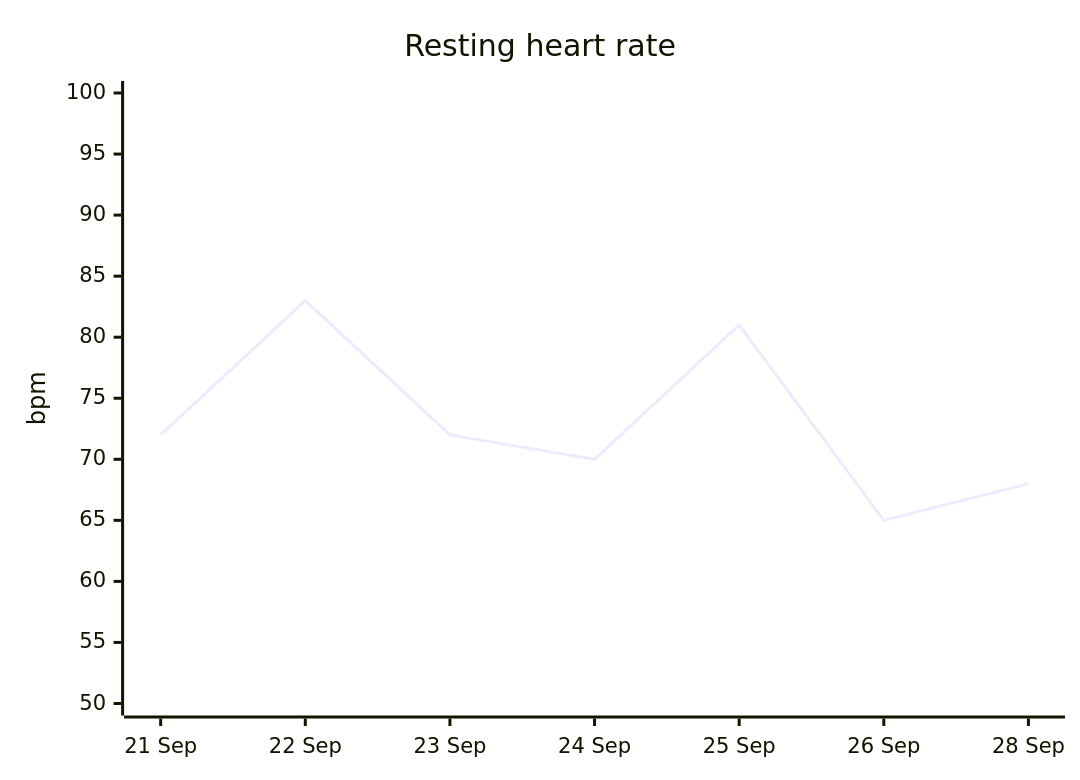
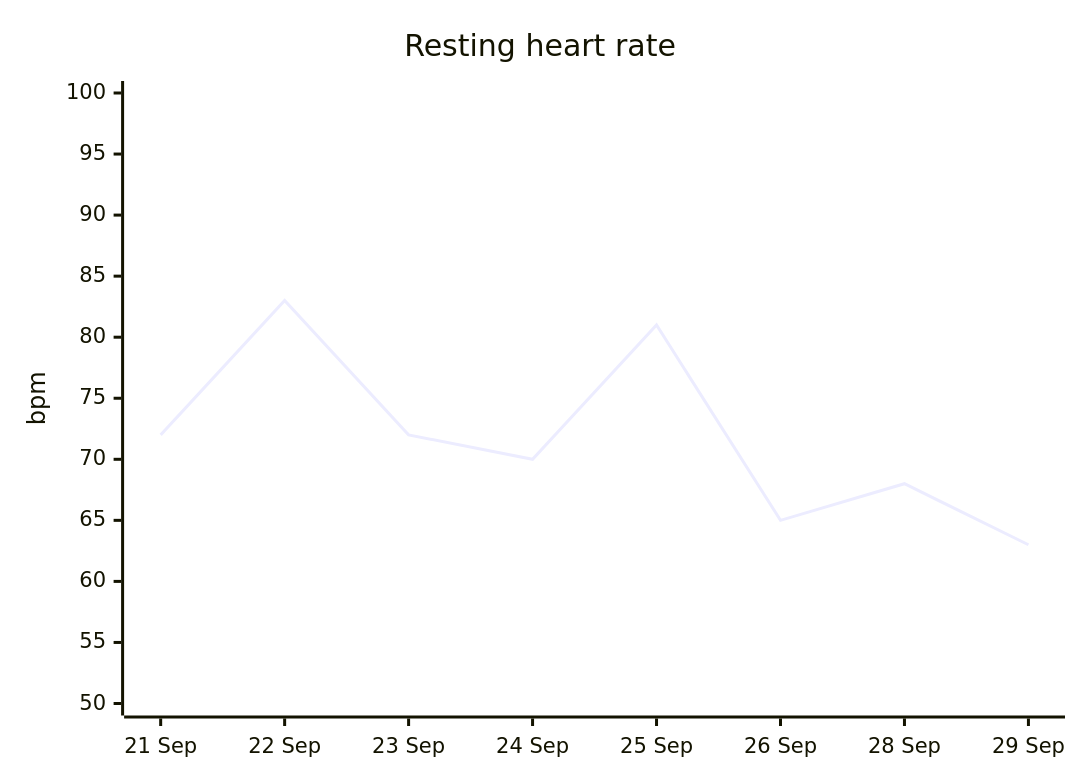
Before and after one commit to eshwarpotturi/hr-mon: the third of 3 diagrams in reports/README.md, drawn with Mermaid. The commit also changed other lines of this file and 7 other files, not shown here.

````diff
--- a/reports/README.md
+++ b/reports/README.md
@@ -62,7 +62,7 @@
 ```mermaid
 xychart-beta
     title "Resting heart rate"
-    x-axis ["21 Sep", "22 Sep", "23 Sep", "24 Sep", "25 Sep", "26 Sep", "28 Sep"]
+    x-axis ["21 Sep", "22 Sep", "23 Sep", "24 Sep", "25 Sep", "26 Sep", "28 Sep", "29 Sep"]
     y-axis "bpm" 50 --> 100
-    line [72, 83, 72, 70, 81, 65, 68]
+    line [72, 83, 72, 70, 81, 65, 68, 63]
 ```
````
